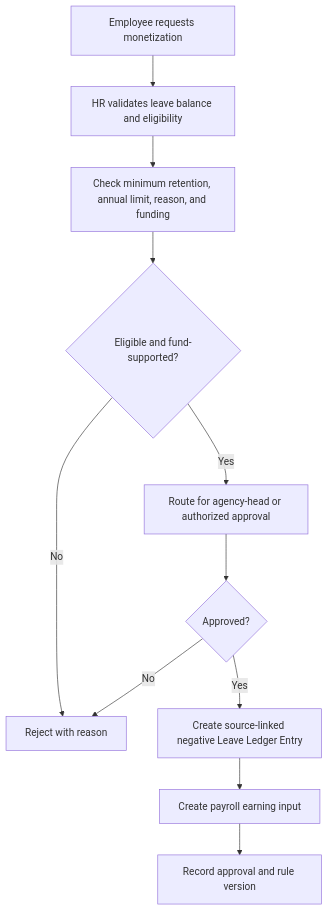
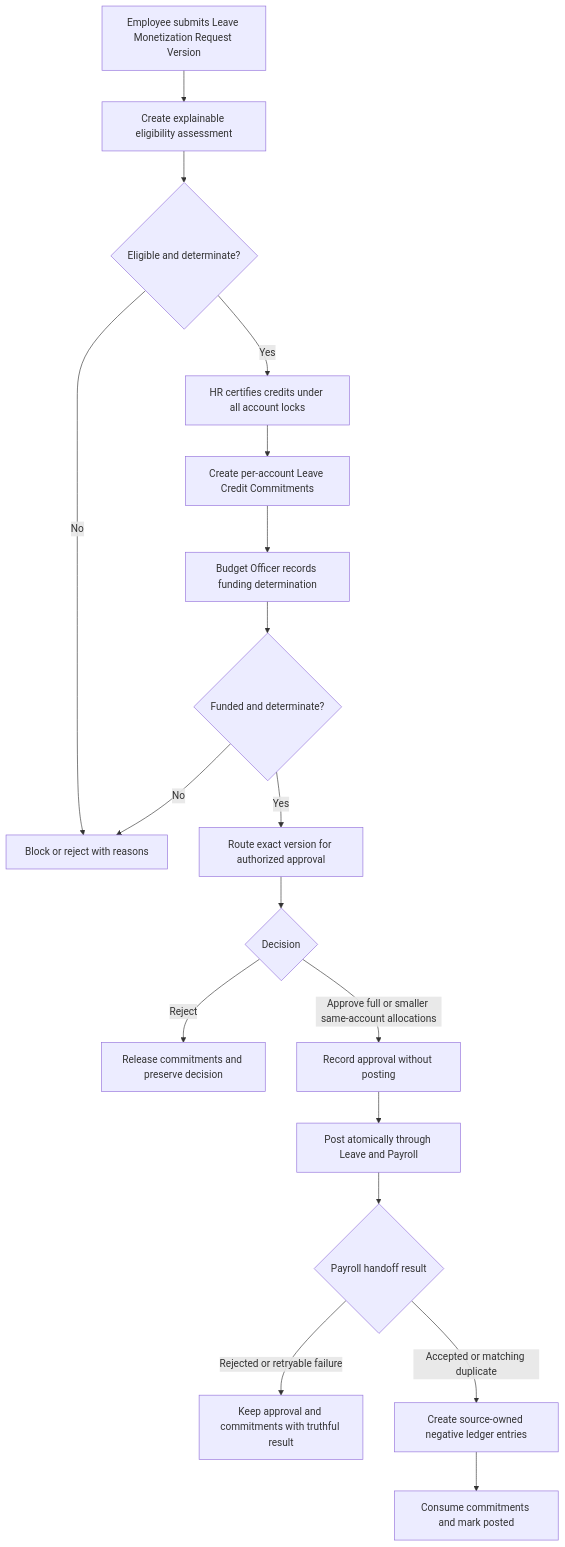
Before and after one commit to systemeror12/lingkod-hr: diagram 11 of 18 in docs/mvp-workflows.md, drawn with Mermaid. The commit also changed other lines of this file and 11 other files, not shown here.

Commit message:
docs(leave): define financial handoff contracts

````diff
--- a/docs/mvp-workflows.md
+++ b/docs/mvp-workflows.md
@@ -440,13 +440,20 @@
 ```mermaid
 flowchart TD
-    A[Employee requests monetization] --> B[HR validates leave balance and eligibility]
-    B --> C[Check minimum retention, annual limit, reason, and funding]
-    C --> D{Eligible and fund-supported?}
-    D -- No --> E[Reject with reason]
-    D -- Yes --> F[Route for agency-head or authorized approval]
-    F --> G{Approved?}
-    G -- No --> E
-    G -- Yes --> H[Create source-linked negative Leave Ledger Entry]
-    H --> I[Create payroll earning input]
-    I --> J[Record approval and rule version]
+    A[Employee submits Leave Monetization Request Version] --> B[Create explainable eligibility assessment]
+    B --> C{Eligible and determinate?}
+    C -- No --> D[Block or reject with reasons]
+    C -- Yes --> E[HR certifies credits under all account locks]
+    E --> F[Create per-account Leave Credit Commitments]
+    F --> G[Budget Officer records funding determination]
+    G --> H{Funded and determinate?}
+    H -- No --> D
+    H -- Yes --> I[Route exact version for authorized approval]
+    I --> J{Decision}
+    J -- Reject --> K[Release commitments and preserve decision]
+    J -- Approve full or smaller same-account allocations --> L[Record approval without posting]
+    L --> M[Post atomically through Leave and Payroll]
+    M --> N{Payroll handoff result}
+    N -- Rejected or retryable failure --> O[Keep approval and commitments with truthful result]
+    N -- Accepted or matching duplicate --> P[Create source-owned negative ledger entries]
+    P --> Q[Consume commitments and mark posted]
 ```
````
